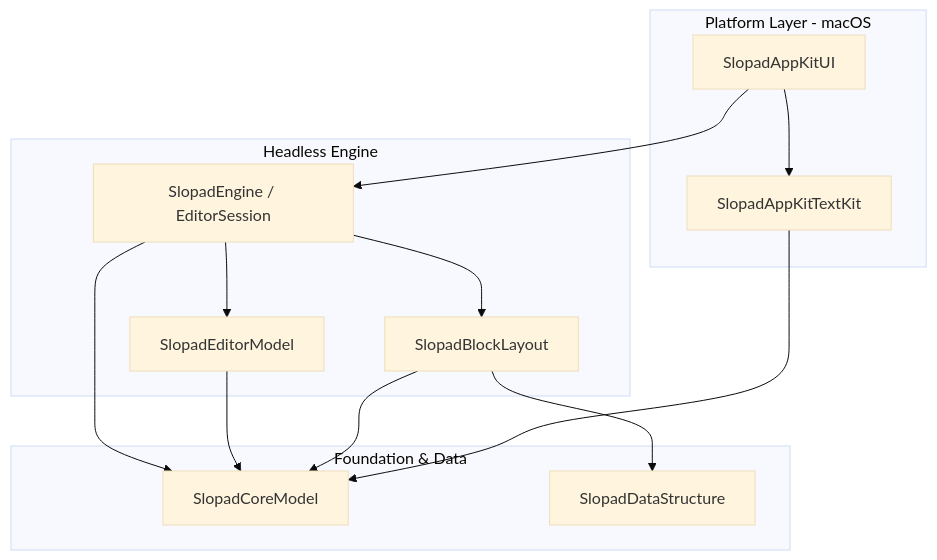
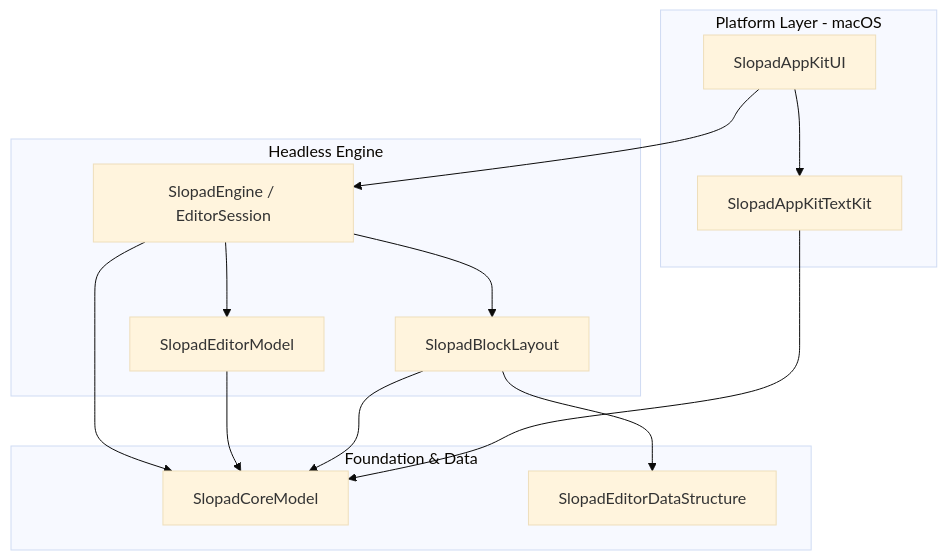
The diagram in ADR/0002-swiftpm-target-graph.md (hot666666/SlopadEditor), drawn with Mermaid (base theme) before and after one commit. The commit also changed other lines of this file and 19 other files, not shown here.

First line of the commit message:
refactor: rename SlopadDataStructure to SlopadEditorDataStructure

````diff
--- a/ADR/0002-swiftpm-target-graph.md
+++ b/ADR/0002-swiftpm-target-graph.md
@@ -17,28 +17,28 @@
 ```mermaid
 flowchart TB
     subgraph Platform["Platform Layer - macOS"]
         AppKitUI["SlopadAppKitUI"]
         AppKitTextKit["SlopadAppKitTextKit"]
     end
 
     subgraph Headless["Headless Engine"]
         Engine["SlopadEngine / EditorSession"]
         EditorModel["SlopadEditorModel"]
         BlockLayout["SlopadBlockLayout"]
     end
 
     subgraph Foundation["Foundation & Data"]
         CoreModel["SlopadCoreModel"]
-        DataStructure["SlopadDataStructure"]
+        DataStructure["SlopadEditorDataStructure"]
     end
 
     AppKitUI --> Engine
     AppKitUI --> AppKitTextKit
     Engine --> CoreModel
     Engine --> EditorModel
     Engine --> BlockLayout
     EditorModel --> CoreModel
     BlockLayout --> CoreModel
     BlockLayout --> DataStructure
     AppKitTextKit --> CoreModel
 ```
````
